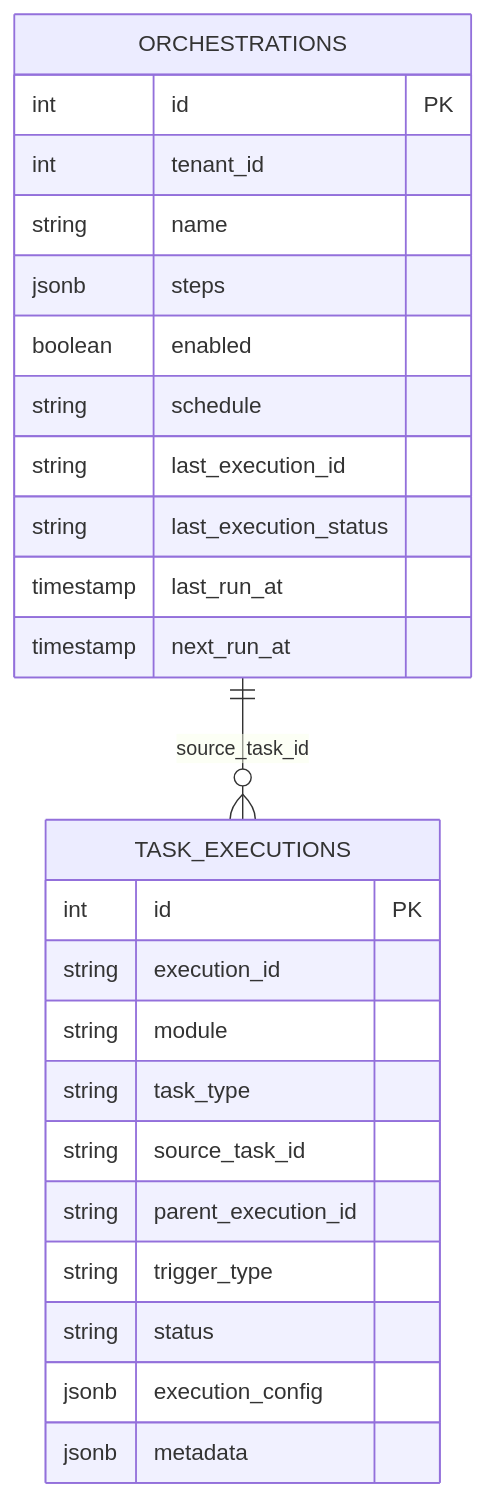
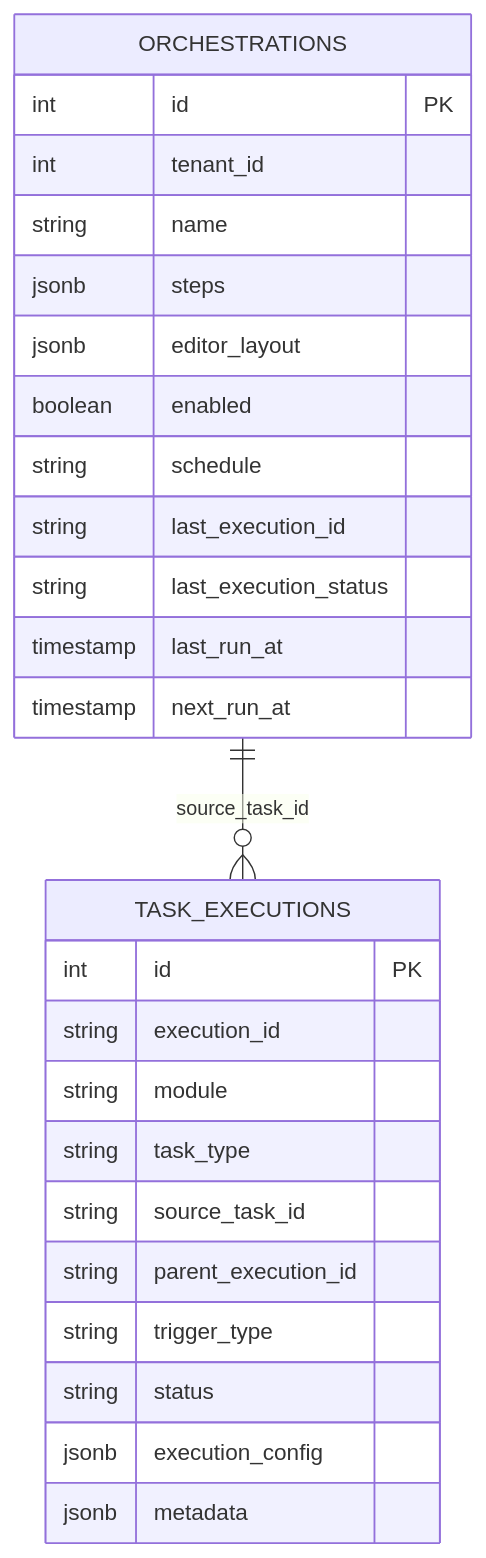
Before and after one commit to pampa0629/addp: the diagram in orchestrator/docs/数据库架构.md, drawn with Mermaid. The commit also changed other lines of this file and 529 other files, not shown here.

````diff
--- a/orchestrator/docs/数据库架构.md
+++ b/orchestrator/docs/数据库架构.md
@@ -20,28 +20,29 @@
 ```mermaid
 erDiagram
     ORCHESTRATIONS ||--o{ TASK_EXECUTIONS : "source_task_id"
     ORCHESTRATIONS {
         int id PK
         int tenant_id
         string name
         jsonb steps
+        jsonb editor_layout
         boolean enabled
         string schedule
         string last_execution_id
         string last_execution_status
         timestamp last_run_at
         timestamp next_run_at
     }
     TASK_EXECUTIONS {
         int id PK
         string execution_id
         string module
         string task_type
         string source_task_id
         string parent_execution_id
         string trigger_type
         string status
         jsonb execution_config
         jsonb metadata
     }
 ```
````
